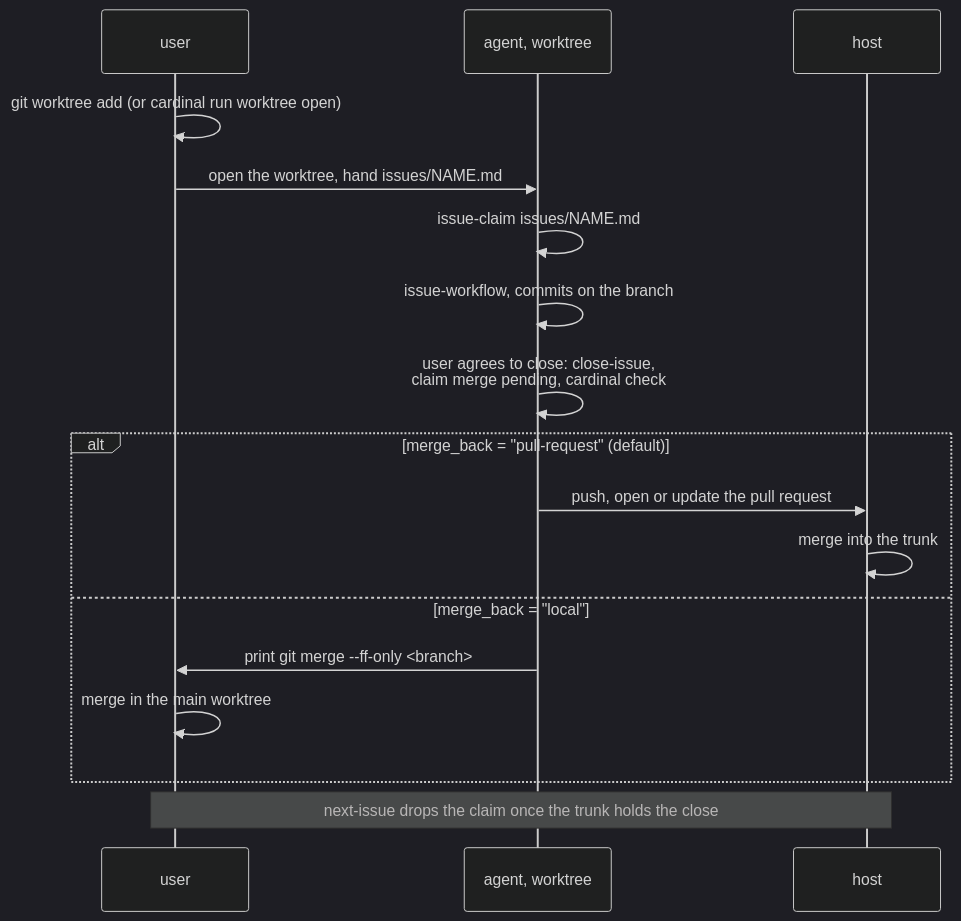
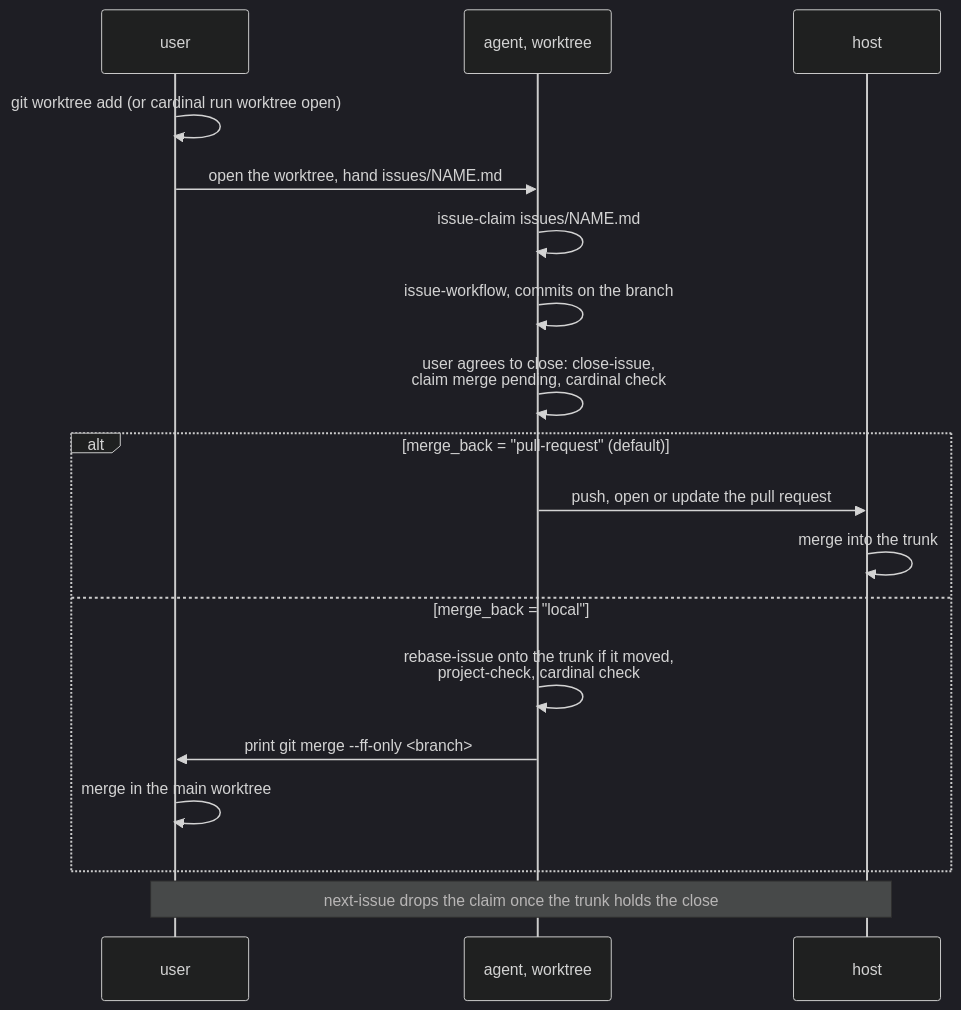
One commit to Electron-libre/cardinal changed the third of 3 diagrams in docs/workflow.md. Above: the diagram before and after it, drawn with Mermaid (dark theme). The commit also changed other lines of this file and 7 other files, not shown here.

````diff
--- a/docs/workflow.md
+++ b/docs/workflow.md
@@ -97,19 +97,20 @@
 ```mermaid
 sequenceDiagram
   participant U as user
   participant W as agent, worktree
   participant H as host
   U->>U: git worktree add (or cardinal run worktree open)
   U->>W: open the worktree, hand issues/NAME.md
   W->>W: issue-claim issues/NAME.md
   W->>W: issue-workflow, commits on the branch
   W->>W: user agrees to close: close-issue,<br/>claim merge pending, cardinal check
   alt merge_back = "pull-request" (default)
     W->>H: push, open or update the pull request
     H->>H: merge into the trunk
   else merge_back = "local"
+    W->>W: rebase-issue onto the trunk if it moved,<br/>project-check, cardinal check
     W->>U: print git merge --ff-only <branch>
     U->>U: merge in the main worktree
   end
   Note over U,H: next-issue drops the claim once the trunk holds the close
 ```
````
